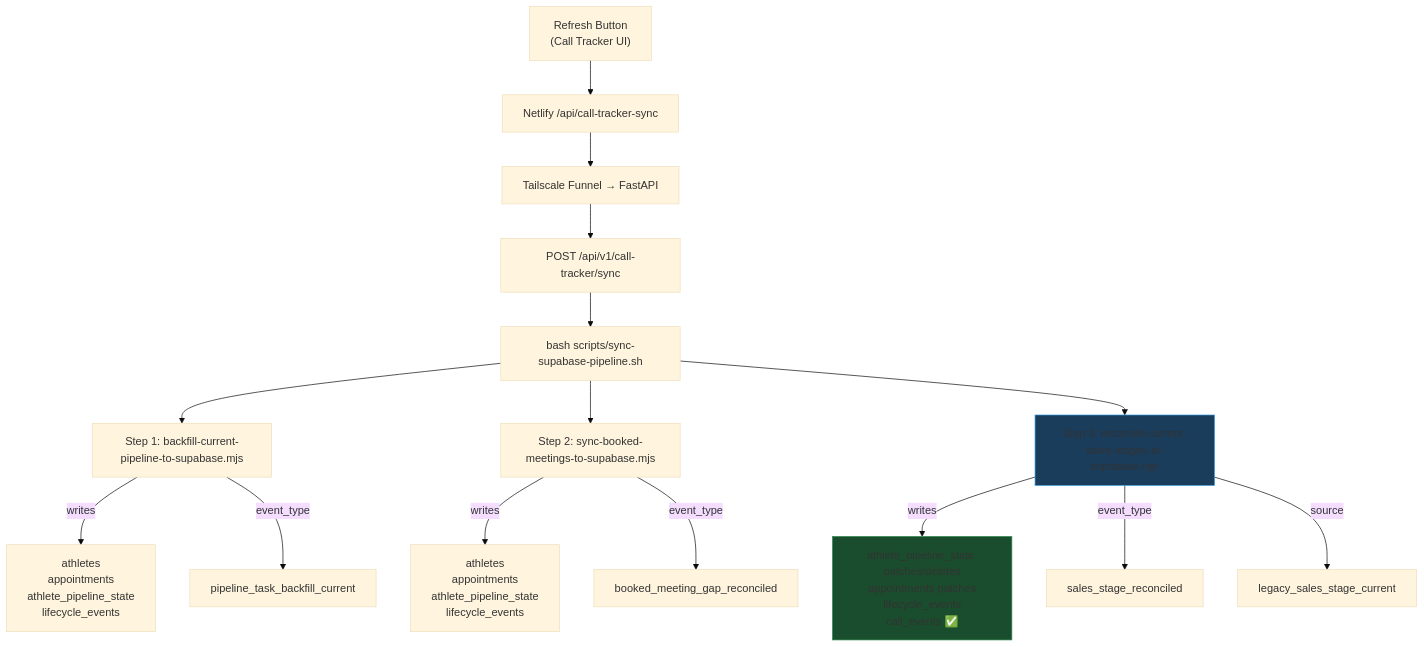
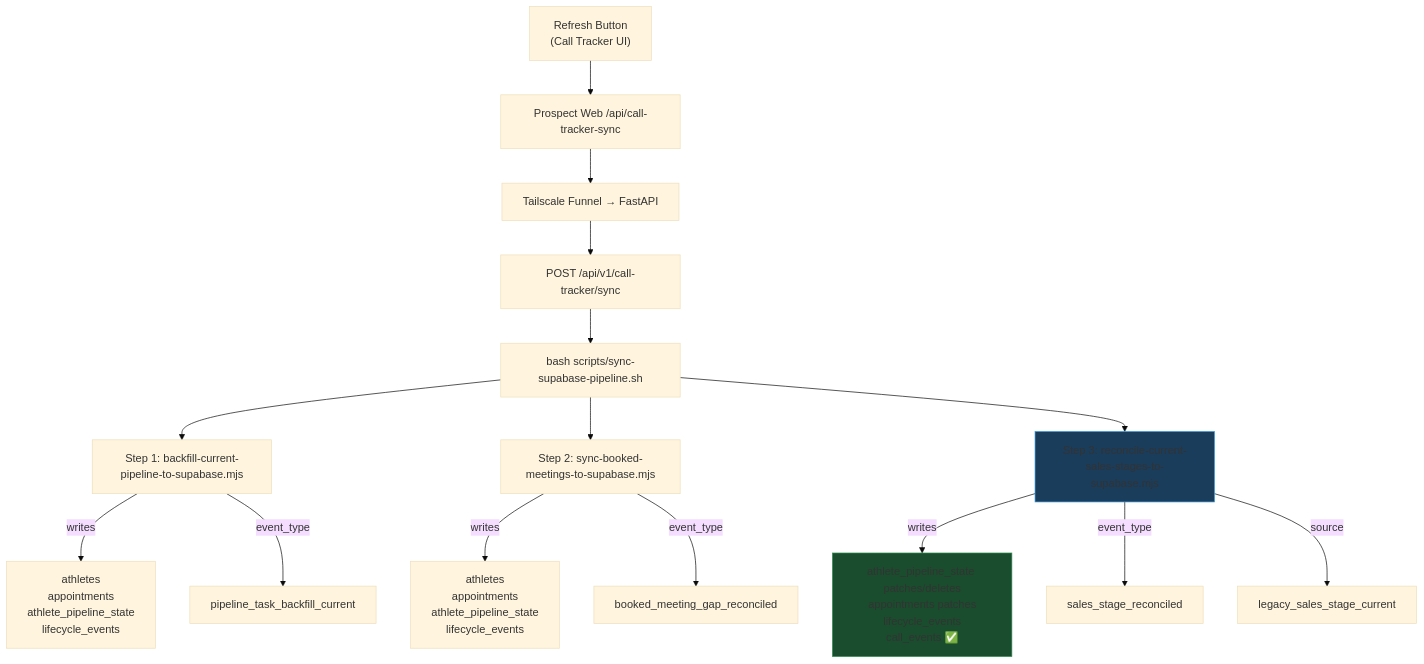
One commit to 23Maestro/prospect-pipeline changed the first of 3 diagrams in call_tracker_data_model_diagnosis.md. Above: the diagram before and after it, drawn with Mermaid (base theme). The commit also changed other lines of this file and 32 other files, not shown here.

````diff
--- a/call_tracker_data_model_diagnosis.md
+++ b/call_tracker_data_model_diagnosis.md
@@ -31,24 +31,24 @@
 ```mermaid
 flowchart TD
-  A["Refresh Button\n(Call Tracker UI)"] --> B["Netlify /api/call-tracker-sync"]
+  A["Refresh Button\n(Call Tracker UI)"] --> B["Prospect Web /api/call-tracker-sync"]
   B --> C["Tailscale Funnel → FastAPI"]
   C --> D["POST /api/v1/call-tracker/sync"]
   D --> E["bash scripts/sync-supabase-pipeline.sh"]
 
   E --> F["Step 1: backfill-current-pipeline-to-supabase.mjs"]
   E --> G["Step 2: sync-booked-meetings-to-supabase.mjs"]
   E --> H["Step 3: reconcile-current-sales-stages-to-supabase.mjs"]
 
   F -->|writes| I["athletes\nappointments\nathlete_pipeline_state\nlifecycle_events"]
   F -->|event_type| J["pipeline_task_backfill_current"]
 
   G -->|writes| K["athletes\nappointments\nathlete_pipeline_state\nlifecycle_events"]
   G -->|event_type| L["booked_meeting_gap_reconciled"]
 
   H -->|writes| M["athlete_pipeline_state patches/deletes\nappointments patches\nlifecycle_events\ncall_events ✅"]
   H -->|event_type| N["sales_stage_reconciled"]
   H -->|source| O["legacy_sales_stage_current"]
 
   style M fill:#1a4d2e,stroke:#2d8b4e
   style H fill:#1a3d5c,stroke:#3498db
 ```
````
